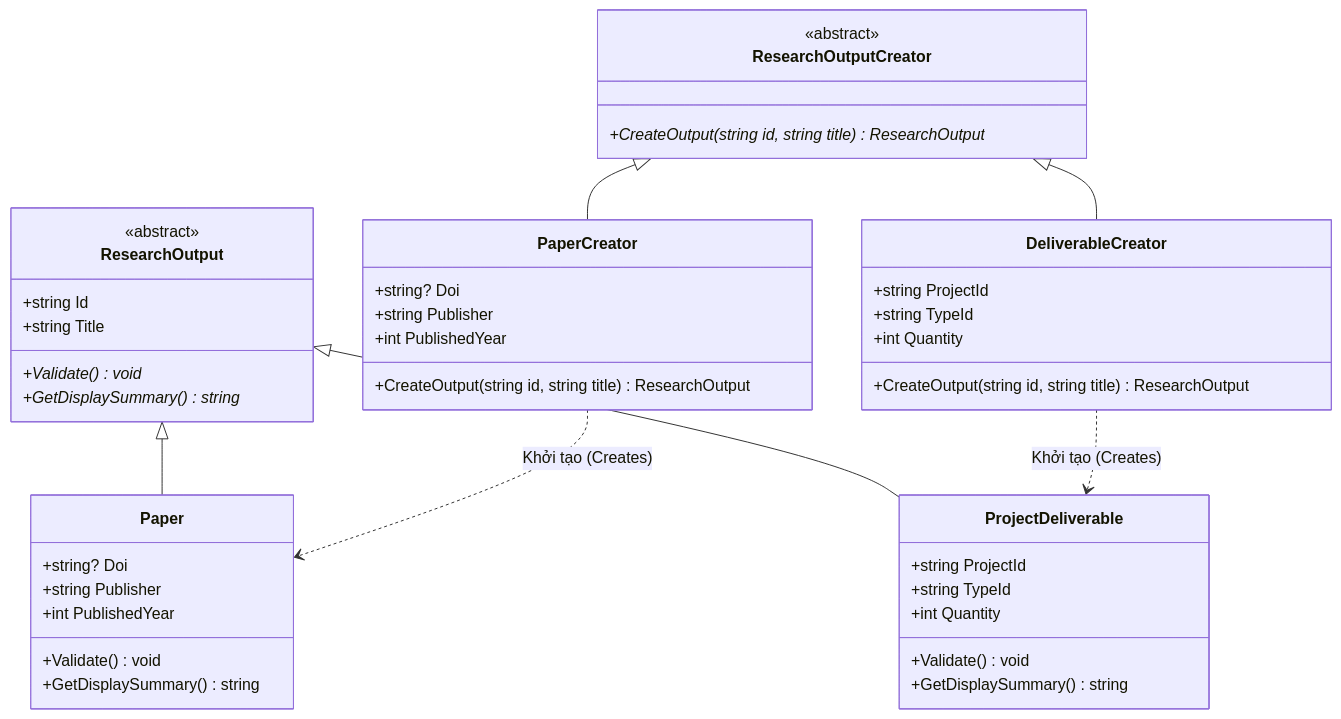
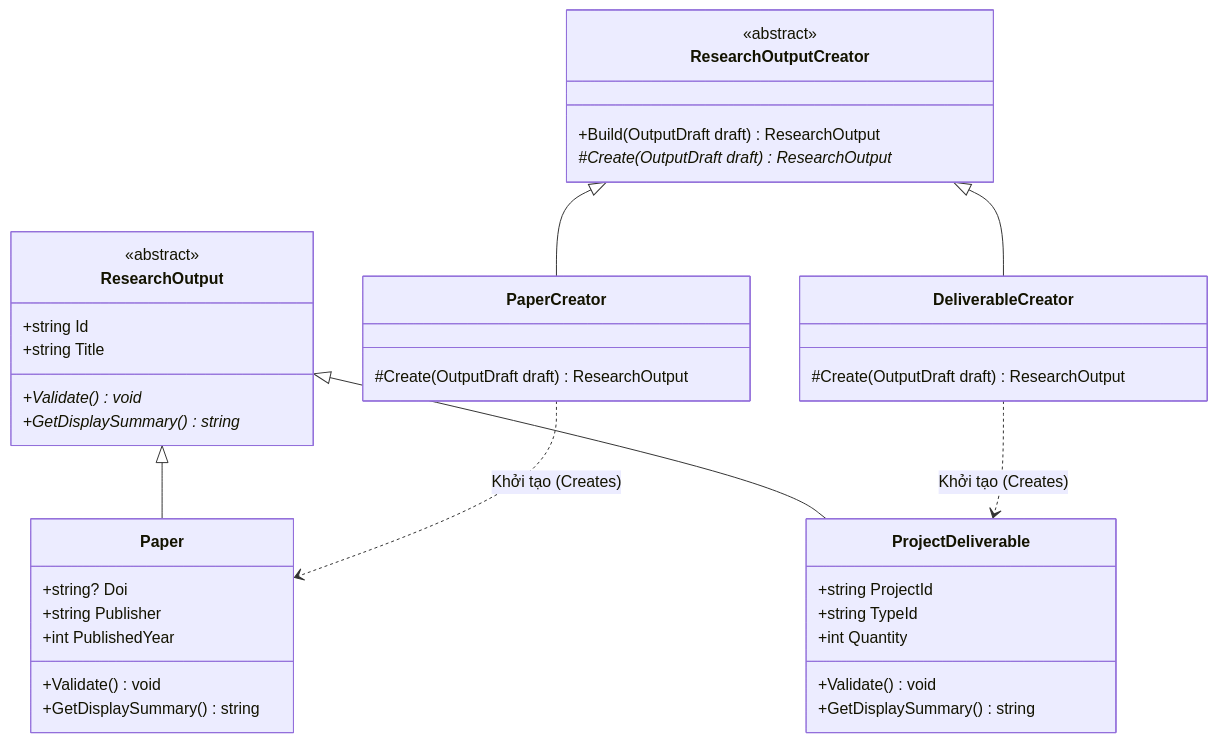
Before and after one commit to PKT-zZ/QLNCKH_OOP_FINAL: the fifth of 10 diagrams in docs/uml.md, drawn with Mermaid. The commit also changed other lines of this file and 15 other files, not shown here.

````diff
--- a/docs/uml.md
+++ b/docs/uml.md
@@ -375,52 +372,47 @@
 ```mermaid
 classDiagram
     class ResearchOutput {
         <<abstract>>
         +string Id
         +string Title
         +Validate()* void
         +GetDisplaySummary()* string
     }
 
     class Paper {
         +string? Doi
         +string Publisher
         +int PublishedYear
         +Validate() void
         +GetDisplaySummary() string
     }
 
     class ProjectDeliverable {
         +string ProjectId
         +string TypeId
         +int Quantity
         +Validate() void
         +GetDisplaySummary() string
     }
 
     class ResearchOutputCreator {
         <<abstract>>
-        +CreateOutput(string id, string title)* ResearchOutput
+        +Build(OutputDraft draft) ResearchOutput
+        #Create(OutputDraft draft)* ResearchOutput
     }
 
     class PaperCreator {
-        +string? Doi
-        +string Publisher
-        +int PublishedYear
-        +CreateOutput(string id, string title) ResearchOutput
+        #Create(OutputDraft draft) ResearchOutput
     }
 
     class DeliverableCreator {
-        +string ProjectId
-        +string TypeId
-        +int Quantity
-        +CreateOutput(string id, string title) ResearchOutput
+        #Create(OutputDraft draft) ResearchOutput
     }
 
     ResearchOutput <|-- Paper
     ResearchOutput <|-- ProjectDeliverable
     ResearchOutputCreator <|-- PaperCreator
     ResearchOutputCreator <|-- DeliverableCreator
     PaperCreator ..> Paper : Khởi tạo (Creates)
     DeliverableCreator ..> ProjectDeliverable : Khởi tạo (Creates)
 ```
````
